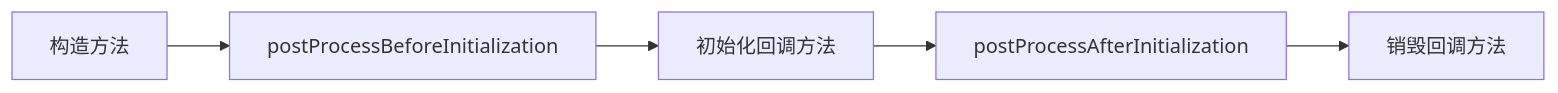
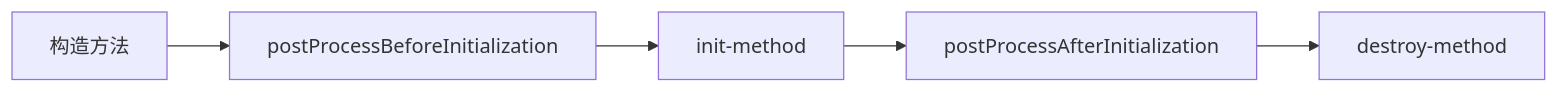
Before and after one commit to Super-Van/Notebook: the first of 2 diagrams in Spring.md, drawn with Mermaid. The commit also changed other lines of this file and 50 other files, not shown here.

````diff
--- a/Spring.md
+++ b/Spring.md
@@ -751,7 +758,7 @@
 ```mermaid
 graph LR;
 	构造方法-->postProcessBeforeInitialization;
-	postProcessBeforeInitialization-->初始化回调方法;
-	初始化回调方法-->postProcessAfterInitialization;
-	postProcessAfterInitialization-->销毁回调方法
+	postProcessBeforeInitialization-->init-method;
+	init-method-->postProcessAfterInitialization;
+	postProcessAfterInitialization-->destroy-method;
 ```
````
